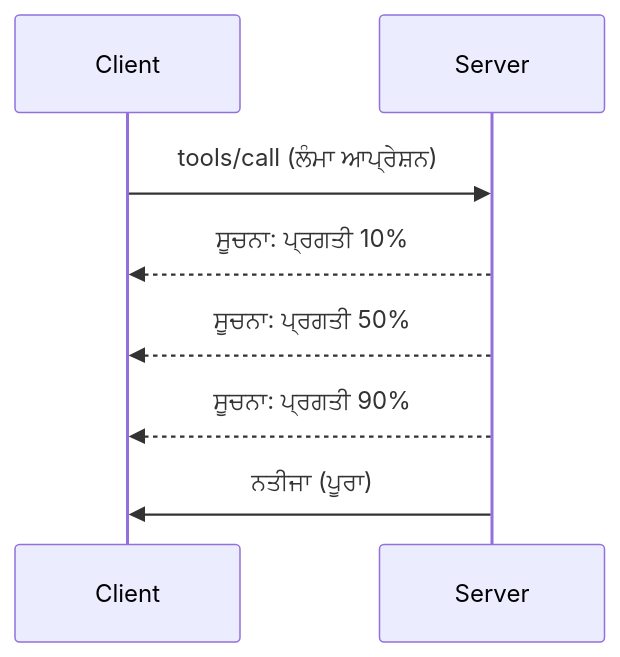
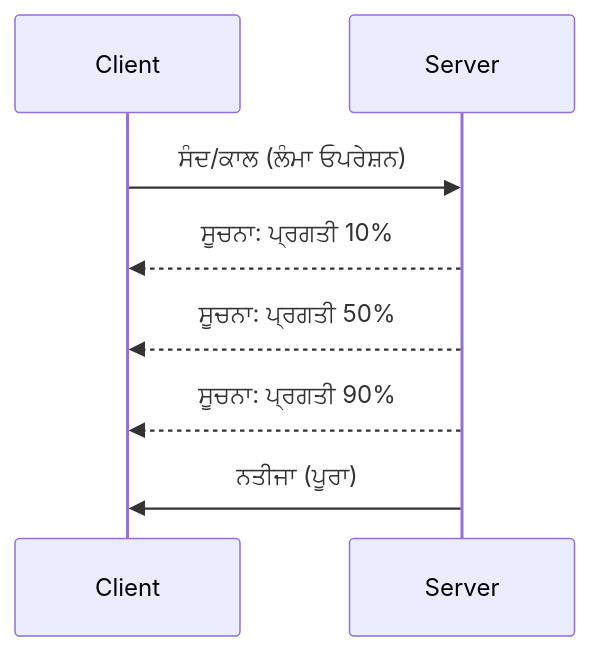
Before and after one commit to HIDORAKAI002/ai-workspace-archive: the diagram in mcp_ecosystem__model_context_protocol/mcp_learning_resources/mcp-for-beginners/translations/pa/05-AdvancedTopics/mcp-protocol-features/README.md, drawn with Mermaid. The commit also changed other lines of this file and 1046 other files, not shown here.

````diff
--- a/mcp_ecosystem__model_context_protocol/mcp_learning_resources/mcp-for-beginners/translations/pa/05-AdvancedTopics/mcp-protocol-features/README.md
+++ b/mcp_ecosystem__model_context_protocol/mcp_learning_resources/mcp-for-beginners/translations/pa/05-AdvancedTopics/mcp-protocol-features/README.md
@@ -22,11 +24,11 @@
 ```mermaid
 sequenceDiagram
     participant Client
     participant Server
     
-    Client->>Server: tools/call (ਲੰਮਾ ਆਪ੍ਰੇਸ਼ਨ)
+    Client->>Server: ਸੰਦ/ਕਾਲ (ਲੰਮਾ ਓਪਰੇਸ਼ਨ)
     Server-->>Client: ਸੂਚਨਾ: ਪ੍ਰਗਤੀ 10%
     Server-->>Client: ਸੂਚਨਾ: ਪ੍ਰਗਤੀ 50%
     Server-->>Client: ਸੂਚਨਾ: ਪ੍ਰਗਤੀ 90%
     Server->>Client: ਨਤੀਜਾ (ਪੂਰਾ)
 ```
````
